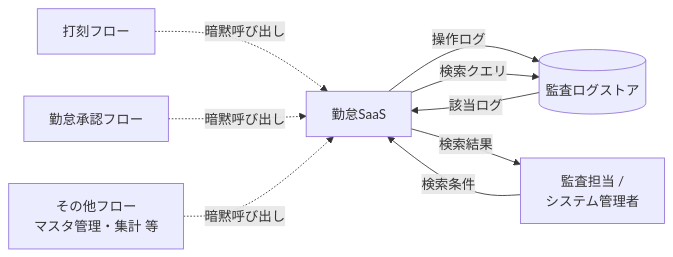
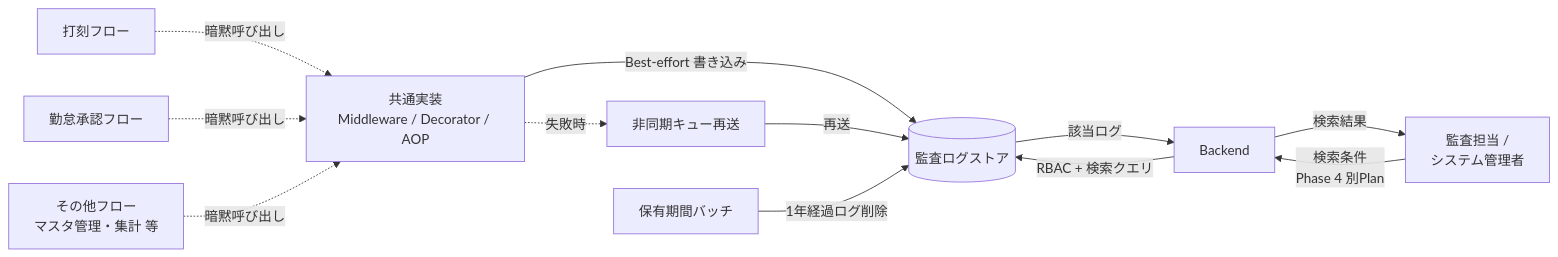
One commit to einja-inc/einja-management-template changed the second of 2 diagrams in docs/einja/example/specs/projects/sample-attendance-saas/function-specs/function-spec-sample-attendance-saas__flow__audit_log.md. Above: the diagram before and after it, drawn with Mermaid. The commit also changed other lines of this file and 7 other files, not shown here.

````diff
--- a/docs/einja/example/specs/projects/sample-attendance-saas/function-specs/function-spec-sample-attendance-saas__flow__audit_log.md
+++ b/docs/einja/example/specs/projects/sample-attendance-saas/function-specs/function-spec-sample-attendance-saas__flow__audit_log.md
@@ -150,18 +237,16 @@
 ```mermaid
 flowchart LR
-    F1[打刻フロー]
-    F2[勤怠承認フロー]
-    F3[その他フロー<br/>マスタ管理・集計 等]
-    S[勤怠SaaS]
-    L[(監査ログストア)]
-    A[監査担当 /<br/>システム管理者]
+    F1[ 打刻フロー ] -.暗黙呼び出し.-> Hook[ 共通実装<br/>Middleware / Decorator / AOP ]
+    F2[ 勤怠承認フロー ] -.暗黙呼び出し.-> Hook
+    F3[ その他フロー<br/>マスタ管理・集計 等 ] -.暗黙呼び出し.-> Hook
+    Hook -->|Best-effort 書き込み| Store[(監査ログストア)]
+    Hook -.失敗時.-> Queue[ 非同期キュー再送 ]
+    Queue -->|再送| Store
 
-    F1 -.暗黙呼び出し.-> S
-    F2 -.暗黙呼び出し.-> S
-    F3 -.暗黙呼び出し.-> S
-    S -->|操作ログ| L
-    A -->|検索条件| S
-    S -->|検索クエリ| L
-    L -->|該当ログ| S
-    S -->|検索結果| A
+    Auditor[ 監査担当 /<br/>システム管理者 ] -->|検索条件<br/>Phase 4 別Plan| Backend[ Backend ]
+    Backend -->|RBAC + 検索クエリ| Store
+    Store -->|該当ログ| Backend
+    Backend -->|検索結果| Auditor
+
+    Cron[ 保有期間バッチ ] -->|1年経過ログ削除| Store
 ```
````
